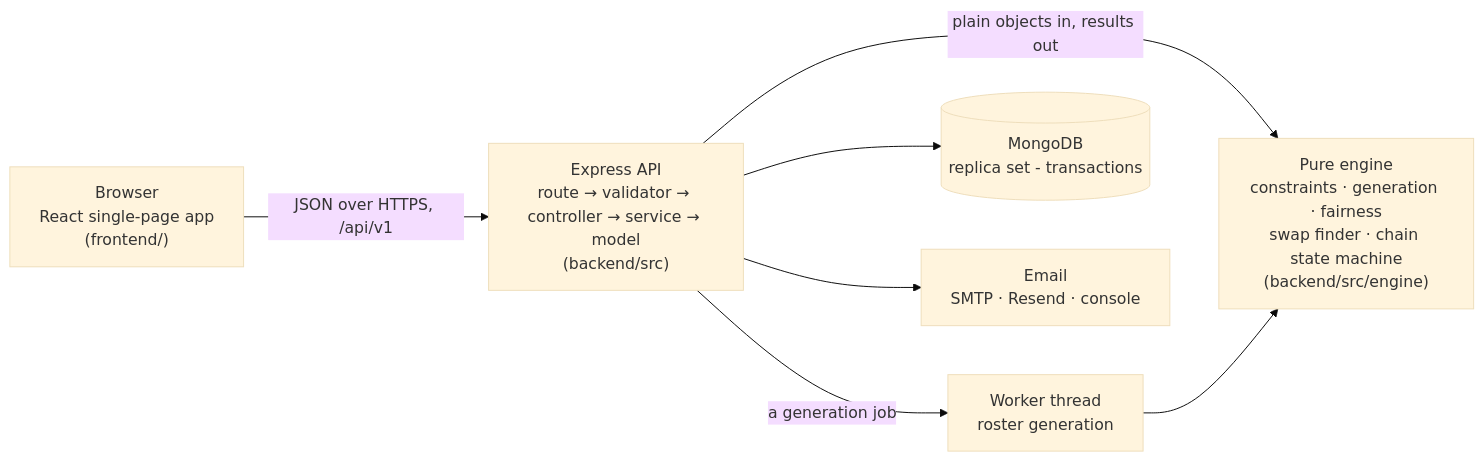
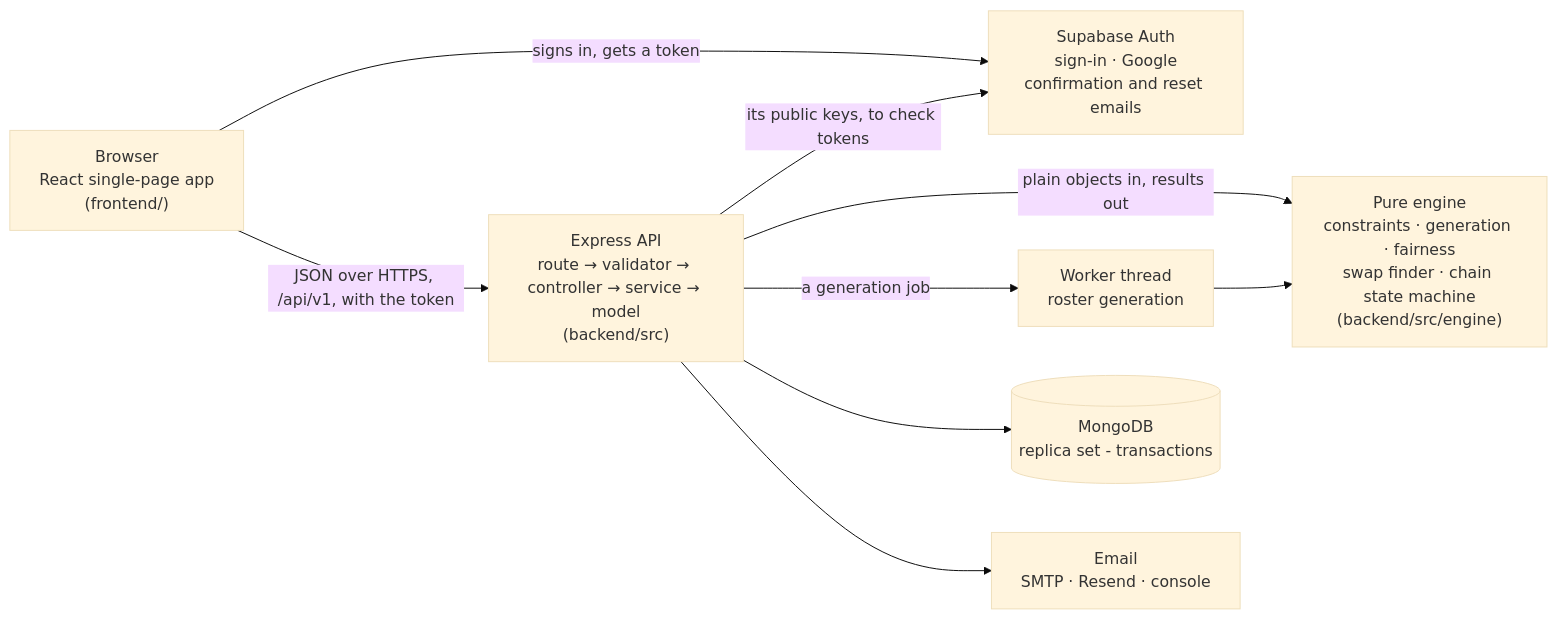
Before and after one commit to paavanf/relay-FS: the diagram in README.md, drawn with Mermaid (base theme). The commit also changed other lines of this file and 4 other files, not shown here.

````diff
--- a/README.md
+++ b/README.md
@@ -28,16 +28,19 @@
 ```mermaid
 flowchart LR
   browser["Browser<br/>React single-page app<br/>(frontend/)"]
   api["Express API<br/>route → validator → controller → service → model<br/>(backend/src)"]
   engine["Pure engine<br/>constraints · generation · fairness<br/>swap finder · chain state machine<br/>(backend/src/engine)"]
   worker["Worker thread<br/>roster generation"]
   db[("MongoDB<br/>replica set - transactions")]
   mail["Email<br/>SMTP · Resend · console"]
+  auth["Supabase Auth<br/>sign-in · Google<br/>confirmation and reset emails"]
 
-  browser -- "JSON over HTTPS, /api/v1" --> api
+  browser -- "signs in, gets a token" --> auth
+  browser -- "JSON over HTTPS, /api/v1, with the token" --> api
+  api -- "its public keys, to check tokens" --> auth
   api -- "plain objects in, results out" --> engine
   api -- "a generation job" --> worker
   worker --> engine
   api --> db
   api --> mail
 ```
````
